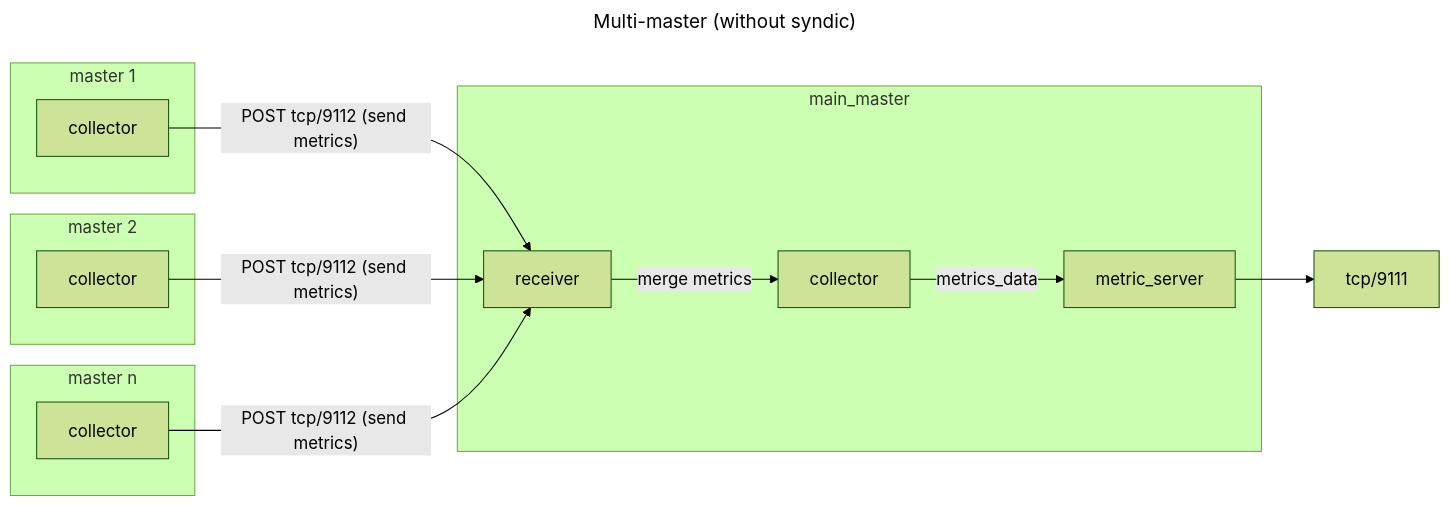
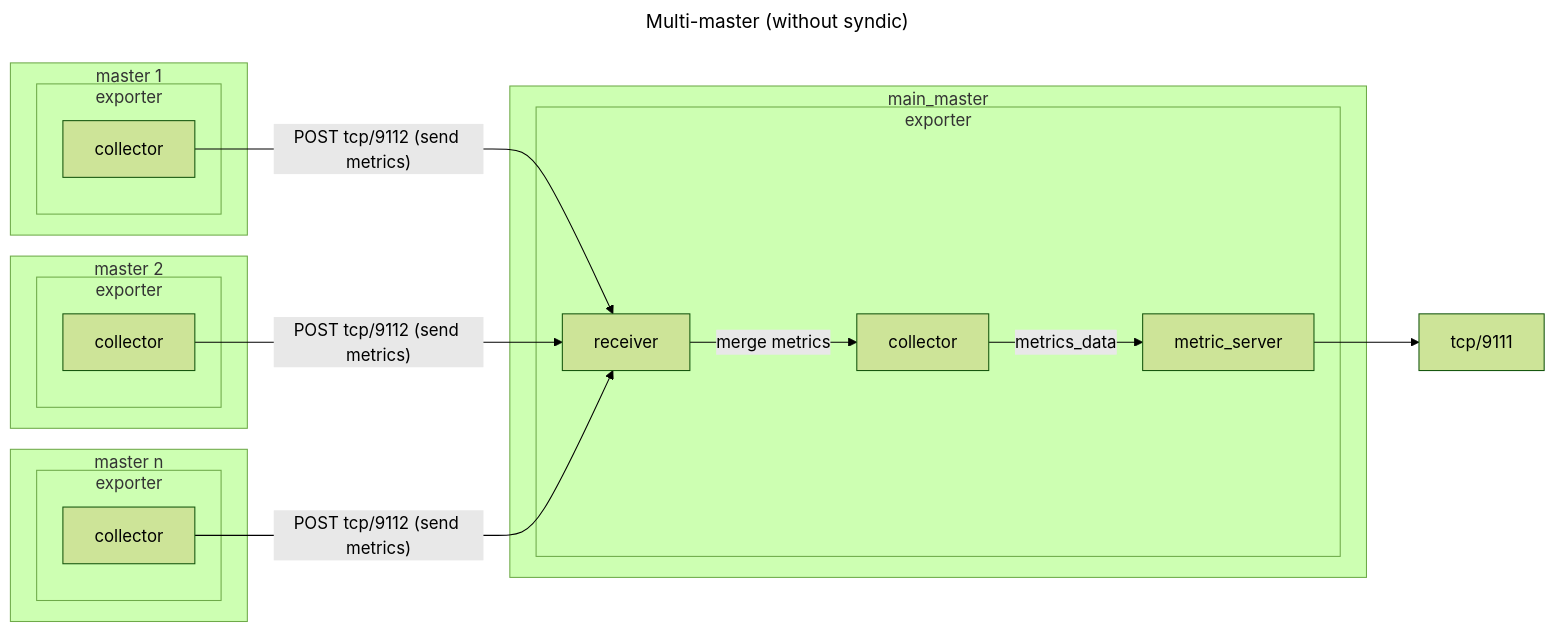
The second of 3 diagrams in README.md (JoePeach88/salt-exporter), drawn with Mermaid (forest theme) before and after one commit. The commit also changed other lines of this file and 1 other file, not shown here.

Commit message:
fixed docs and unit

````diff
--- a/README.md
+++ b/README.md
@@ -37,28 +39,36 @@
 ```mermaid
 ---
 title: Multi-master (without syndic)
 ---
 flowchart LR
   subgraph slave_master1[master 1]
-    collector_slave1[collector]
+    subgraph slave_exporter1[exporter]
+      collector_slave1[collector]
+    end
   end
 
   subgraph slave_master2[master 2]
-    collector_slave2[collector]
+    subgraph slave_exporter2[exporter]
+      collector_slave2[collector]
+    end
   end
 
   subgraph slave_master3[master n]
-    collector_slave3[collector]
+    subgraph slave_exporter3[exporter]
+      collector_slave3[collector]
+    end
   end
 
   subgraph main_master
-    collector_master[collector]
-    metric_server
-    receiver
+    subgraph master_exporter[exporter]
+      collector_master[collector]
+      metric_server
+      receiver
+    end
   end
 
   collector_slave1 & collector_slave2 & collector_slave3--"POST tcp/9112 (send metrics)"-->receiver
   receiver--"merge metrics"-->collector_master
   collector_master--metrics_data-->metric_server
   metric_server-->expose_metrics[tcp/9111]
 ```
````
